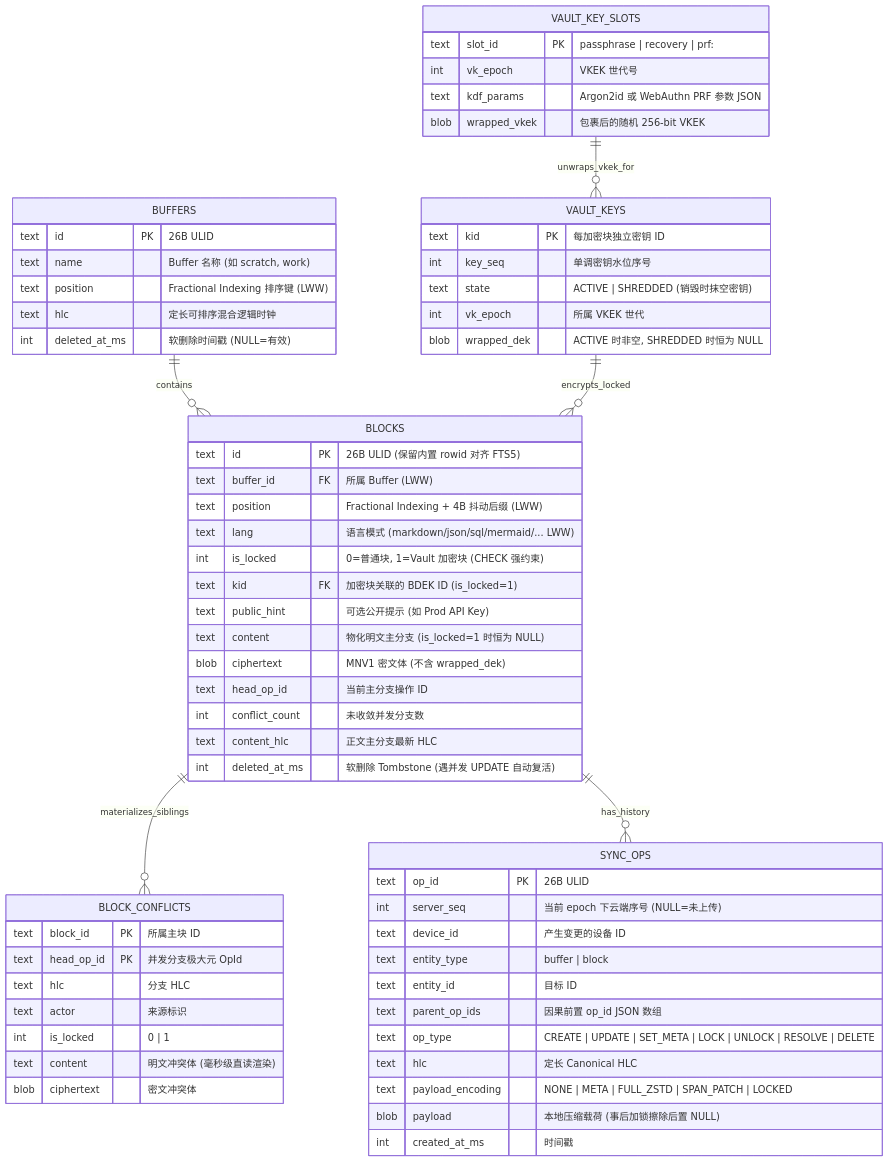
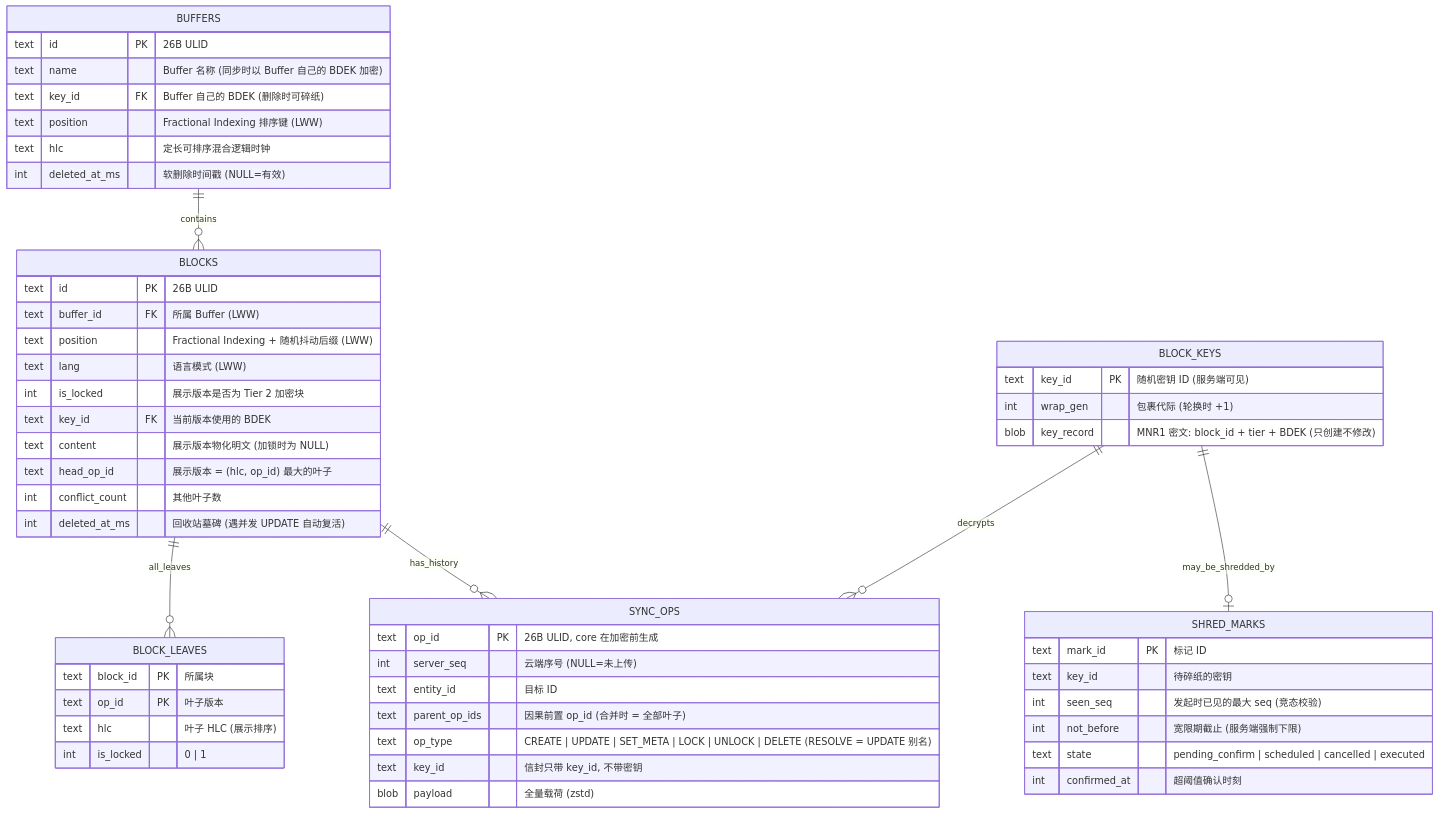
Before and after one commit to gray0128/my-note: the second of 7 diagrams in docs/architecture-proposal.md, drawn with Mermaid. The commit also changed other lines of this file and 14 other files, not shown here.

````diff
--- a/docs/architecture-proposal.md
+++ b/docs/architecture-proposal.md
@@ -284,65 +342,56 @@
 ```mermaid
 erDiagram
     BUFFERS ||--o{ BLOCKS : contains
-    BLOCKS ||--o{ BLOCK_CONFLICTS : materializes_siblings
+    BLOCKS ||--o{ BLOCK_LEAVES : all_leaves
     BLOCKS ||--o{ SYNC_OPS : has_history
-    VAULT_KEY_SLOTS ||--o{ VAULT_KEYS : unwraps_vkek_for
-    VAULT_KEYS ||--o{ BLOCKS : encrypts_locked
+    BLOCK_KEYS ||--o{ SYNC_OPS : decrypts
+    BLOCK_KEYS ||--o| SHRED_MARKS : may_be_shredded_by
     BUFFERS {
         text id PK "26B ULID"
-        text name "Buffer 名称 (如 scratch, work)"
+        text name "Buffer 名称 (同步时以 Buffer 自己的 BDEK 加密)"
+        text key_id FK "Buffer 自己的 BDEK (删除时可碎纸)"
         text position "Fractional Indexing 排序键 (LWW)"
         text hlc "定长可排序混合逻辑时钟"
         int deleted_at_ms "软删除时间戳 (NULL=有效)"
     }
     BLOCKS {
-        text id PK "26B ULID (保留内置 rowid 对齐 FTS5)"
+        text id PK "26B ULID"
         text buffer_id FK "所属 Buffer (LWW)"
-        text position "Fractional Indexing + 4B 抖动后缀 (LWW)"
-        text lang "语言模式 (markdown/json/sql/mermaid/... LWW)"
-        int is_locked "0=普通块, 1=Vault 加密块 (CHECK 强约束)"
-        text kid FK "加密块关联的 BDEK ID (is_locked=1)"
-        text public_hint "可选公开提示 (如 Prod API Key)"
-        text content "物化明文主分支 (is_locked=1 时恒为 NULL)"
-        blob ciphertext "MNV1 密文体 (不含 wrapped_dek)"
-        text head_op_id "当前主分支操作 ID"
-        int conflict_count "未收敛并发分支数"
-        text content_hlc "正文主分支最新 HLC"
-        int deleted_at_ms "软删除 Tombstone (遇并发 UPDATE 自动复活)"
+        text position "Fractional Indexing + 随机抖动后缀 (LWW)"
+        text lang "语言模式 (LWW)"
+        int is_locked "展示版本是否为 Tier 2 加密块"
+        text key_id FK "当前版本使用的 BDEK"
+        text content "展示版本物化明文 (加锁时为 NULL)"
+        text head_op_id "展示版本 = (hlc, op_id) 最大的叶子"
+        int conflict_count "其他叶子数"
+        int deleted_at_ms "回收站墓碑 (遇并发 UPDATE 自动复活)"
     }
-    BLOCK_CONFLICTS {
-        text block_id PK "所属主块 ID"
-        text head_op_id PK "并发分支极大元 OpId"
-        text hlc "分支 HLC"
-        text actor "来源标识"
+    BLOCK_LEAVES {
+        text block_id PK "所属块"
+        text op_id PK "叶子版本"
+        text hlc "叶子 HLC (展示排序)"
         int is_locked "0 | 1"
-        text content "明文冲突体 (毫秒级直读渲染)"
-        blob ciphertext "密文冲突体"
     }
-    VAULT_KEY_SLOTS {
-        text slot_id PK "passphrase | recovery | prf:<hash>"
-        int vk_epoch "VKEK 世代号"
-        text kdf_params "Argon2id 或 WebAuthn PRF 参数 JSON"
-        blob wrapped_vkek "包裹后的随机 256-bit VKEK"
+    BLOCK_KEYS {
+        text key_id PK "随机密钥 ID (服务端可见)"
+        int wrap_gen "包裹代际 (轮换时 +1)"
+        blob key_record "MNR1 密文: block_id + tier + BDEK (只创建不修改)"
     }
-    VAULT_KEYS {
-        text kid PK "每加密块独立密钥 ID"
-        int key_seq "单调密钥水位序号"
-        text state "ACTIVE | SHREDDED (销毁时抹空密钥)"
-        int vk_epoch "所属 VKEK 世代"
-        blob wrapped_dek "ACTIVE 时非空, SHREDDED 时恒为 NULL"
+    SHRED_MARKS {
+        text mark_id PK "标记 ID"
+        text key_id "待碎纸的密钥"
+        int seen_seq "发起时已见的最大 seq (竞态校验)"
+        int not_before "宽限期截止 (服务端强制下限)"
+        text state "pending_confirm | scheduled | cancelled | executed"
+        int confirmed_at "超阈值确认时刻"
     }
     SYNC_OPS {
-        text op_id PK "26B ULID"
-        int server_seq "当前 epoch 下云端序号 (NULL=未上传)"
-        text device_id "产生变更的设备 ID"
-        text entity_type "buffer | block"
+        text op_id PK "26B ULID, core 在加密前生成"
+        int server_seq "云端序号 (NULL=未上传)"
         text entity_id "目标 ID"
-        text parent_op_ids "因果前置 op_id JSON 数组"
-        text op_type "CREATE | UPDATE | SET_META | LOCK | UNLOCK | RESOLVE | DELETE"
-        text hlc "定长 Canonical HLC"
-        text payload_encoding "NONE | META | FULL_ZSTD | SPAN_PATCH | LOCKED"
-        blob payload "本地压缩载荷 (事后加锁擦除后置 NULL)"
-        int created_at_ms "时间戳"
+        text parent_op_ids "因果前置 op_id (合并时 = 全部叶子)"
+        text op_type "CREATE | UPDATE | SET_META | LOCK | UNLOCK | DELETE (RESOLVE = UPDATE 别名)"
+        text key_id "信封只带 key_id, 不带密钥"
+        blob payload "全量载荷 (zstd)"
     }
 ```
````
